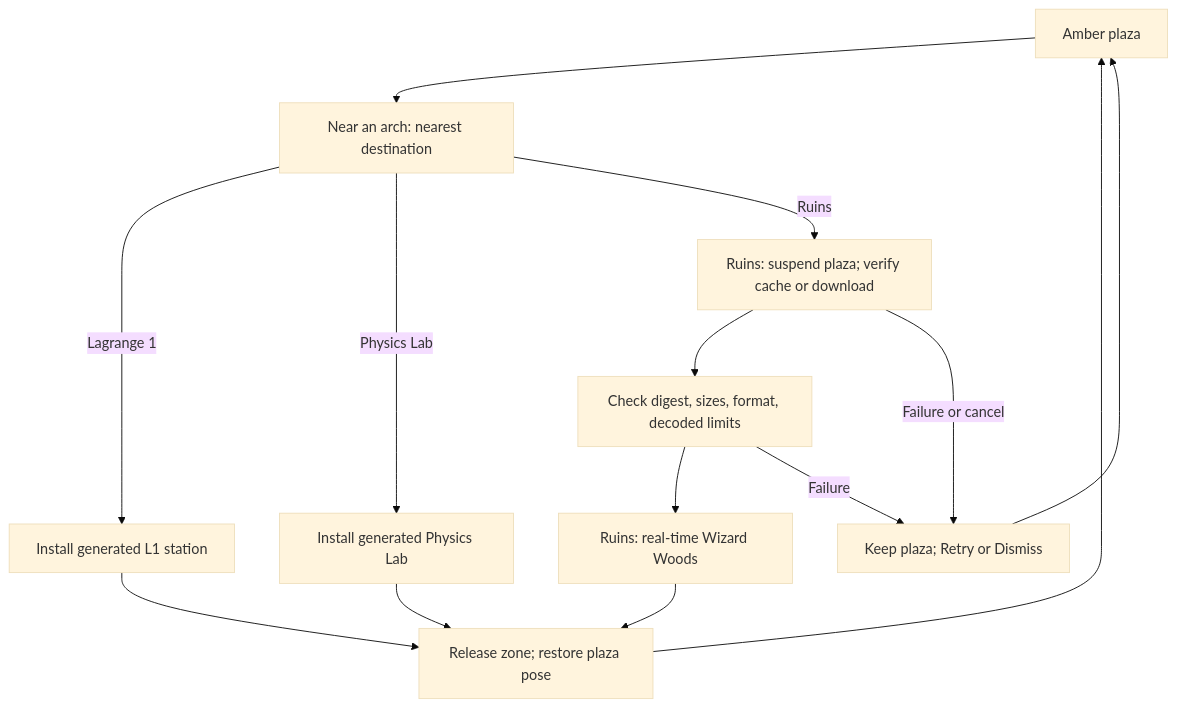
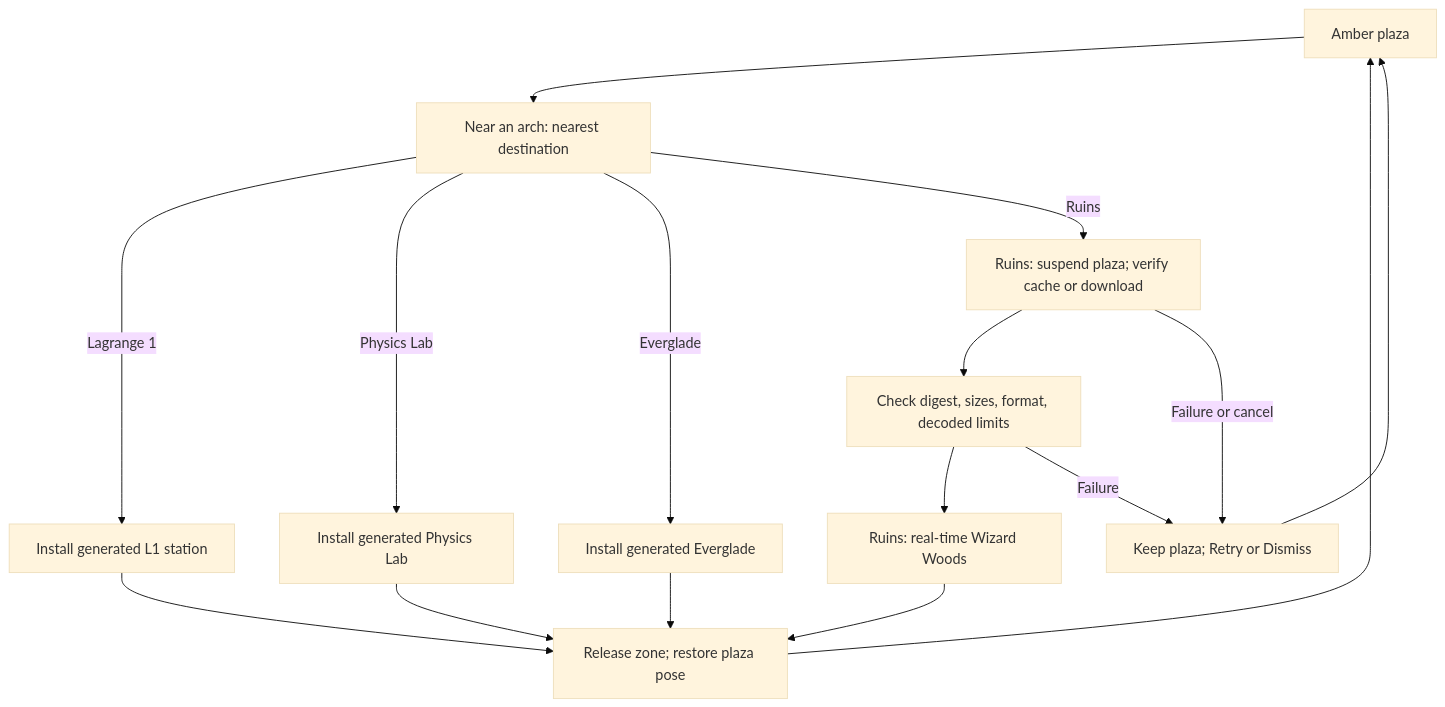
Before and after one commit to OpenAgentsInc/openagents: the diagram in docs/verse/zones.md, drawn with Mermaid (base theme). The commit also changed other lines of this file and 15 other files, not shown here.

First line of the commit message:
Register Everglade with generated ground and the plaza arch

````diff
--- a/docs/verse/zones.md
+++ b/docs/verse/zones.md
@@ -113,25 +127,28 @@
 ```mermaid
 flowchart TD
     Plaza["Amber plaza"]
     Near["Near an arch: nearest destination"]
     L1["Install generated L1 station"]
     Lab["Install generated Physics Lab"]
+    Glade["Install generated Everglade"]
     Prepare["Ruins: suspend plaza; verify cache or download"]
     Decode["Check digest, sizes, format, decoded limits"]
     Ruins["Ruins: real-time Wizard Woods"]
     Failed["Keep plaza; Retry or Dismiss"]
     Return["Release zone; restore plaza pose"]
     Plaza --> Near
     Near -->|Lagrange 1| L1
     Near -->|Physics Lab| Lab
+    Near -->|Everglade| Glade
     Near -->|Ruins| Prepare
     Prepare --> Decode
     Decode --> Ruins
     Prepare -->|Failure or cancel| Failed
     Decode -->|Failure| Failed
     Failed --> Plaza
     Ruins --> Return
     L1 --> Return
     Lab --> Return
+    Glade --> Return
     Return --> Plaza
 ```
````
